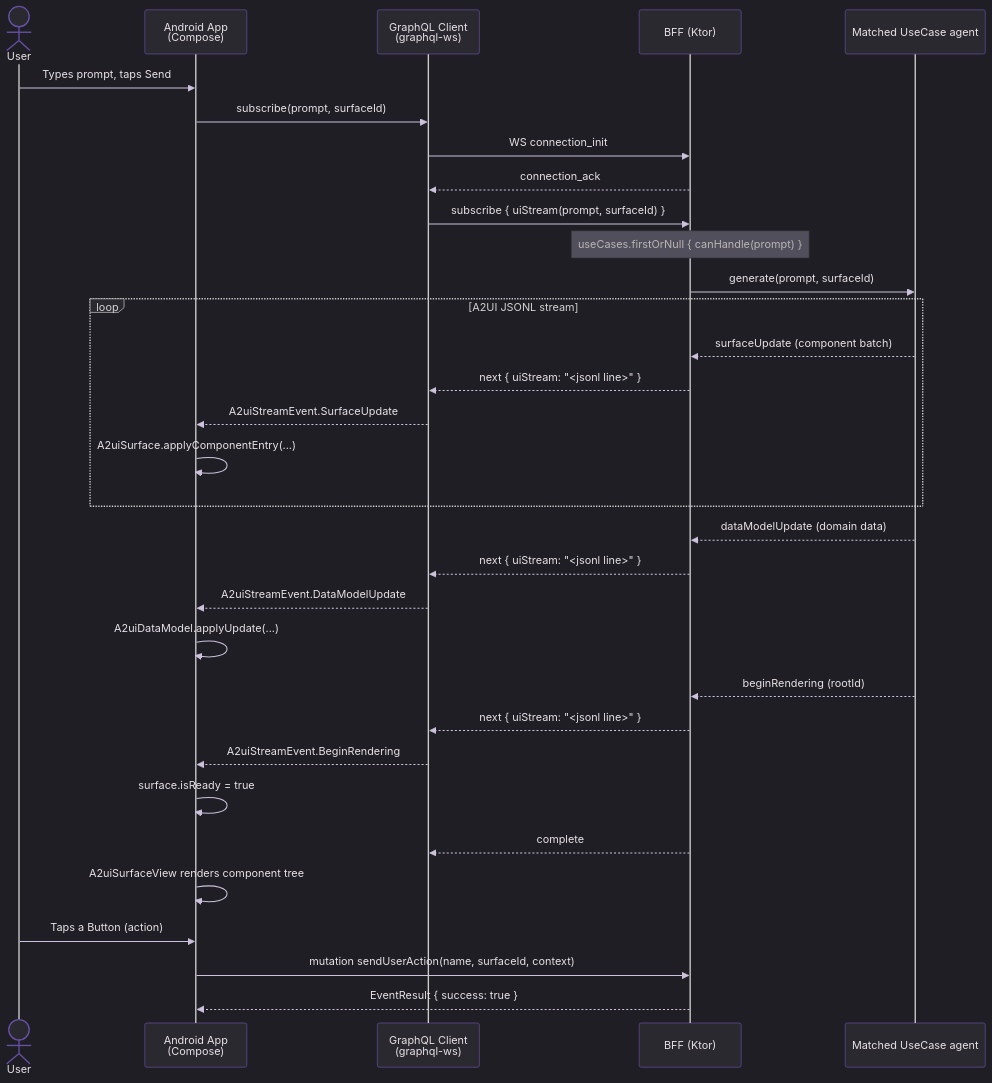
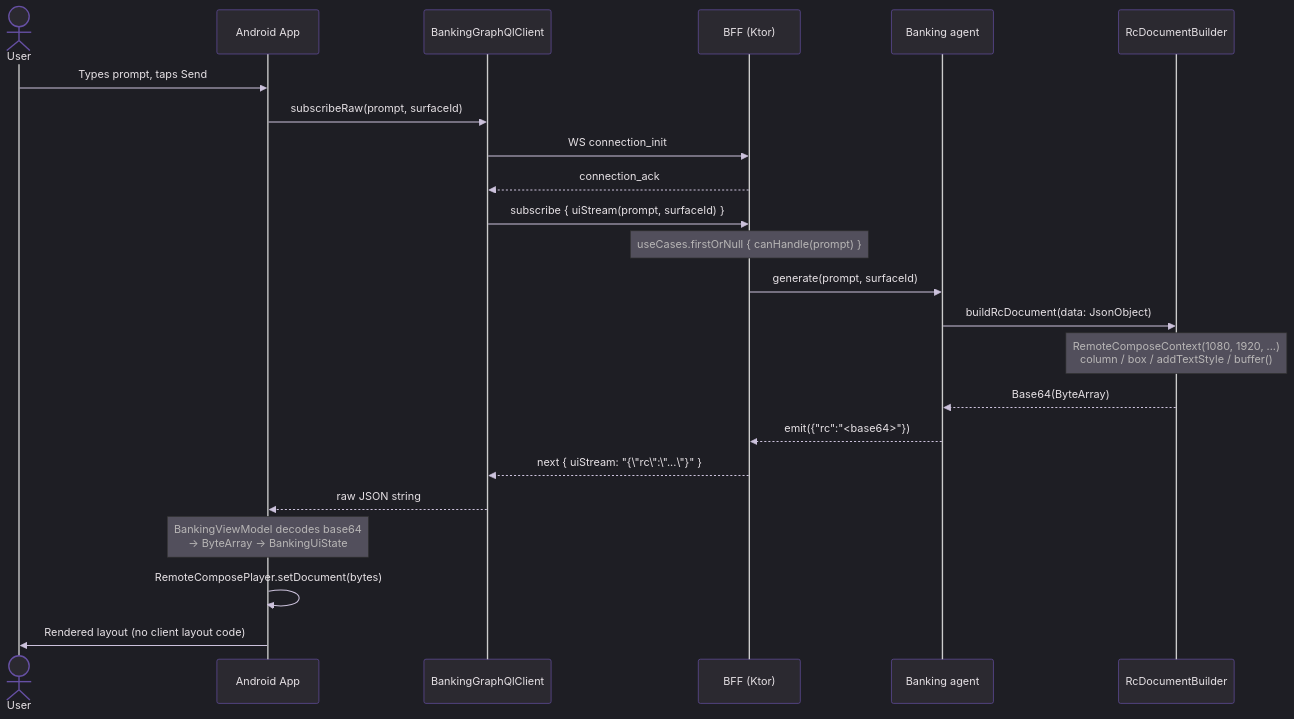
Before and after one commit to dgurnick/a2ui-exploration: the diagram in README.md, drawn with Mermaid. The commit also changed other lines of this file and 25 other files, not shown here.

````diff
--- a/README.md
+++ b/README.md
@@ -34,44 +56,31 @@
 ```mermaid
 %%{init: {'theme': 'dark', 'themeVariables': {'primaryColor': '#6650A4', 'primaryTextColor': '#E6E1E5', 'primaryBorderColor': '#CCC2DC', 'lineColor': '#CCC2DC', 'secondaryColor': '#1C1B1F', 'tertiaryColor': '#2B2930', 'background': '#1C1B1F', 'mainBkg': '#2B2930', 'nodeBorder': '#625B71', 'clusterBkg': '#2B2930', 'titleColor': '#E6E1E5', 'edgeLabelBackground': '#2B2930', 'actorBkg': '#2B2930', 'actorBorder': '#6650A4', 'actorTextColor': '#E6E1E5', 'activationBkgColor': '#6650A4', 'activationBorderColor': '#CCC2DC', 'signalColor': '#CCC2DC', 'signalTextColor': '#E6E1E5'}}}%%
 sequenceDiagram
     actor User
-    participant App   as Android App<br/>(Compose)
-    participant GQL   as GraphQL Client<br/>(graphql-ws)
-    participant BFF   as BFF (Ktor)
-    participant Agent as Matched UseCase agent
+    participant App    as Android App
+    participant GQL    as BankingGraphQlClient
+    participant BFF    as BFF (Ktor)
+    participant Agent  as Banking agent
+    participant RC     as RcDocumentBuilder
 
     User->>App: Types prompt, taps Send
-
-    App->>GQL: subscribe(prompt, surfaceId)
+    App->>GQL: subscribeRaw(prompt, surfaceId)
     GQL->>BFF: WS connection_init
     BFF-->>GQL: connection_ack
-
     GQL->>BFF: subscribe { uiStream(prompt, surfaceId) }
 
     Note over BFF: useCases.firstOrNull { canHandle(prompt) }
     BFF->>Agent: generate(prompt, surfaceId)
+    Agent->>RC: buildRcDocument(data: JsonObject)
 
-    loop A2UI JSONL stream
-        Agent-->>BFF: surfaceUpdate (component batch)
-        BFF-->>GQL: next { uiStream: "<jsonl line>" }
-        GQL-->>App: A2uiStreamEvent.SurfaceUpdate
-        App->>App: A2uiSurface.applyComponentEntry(...)
-    end
+    Note over RC: RemoteComposeContext(1080, 1920, ...)<br/>column / box / addTextStyle / buffer()
+    RC-->>Agent: Base64(ByteArray)
 
-    Agent-->>BFF: dataModelUpdate (domain data)
-    BFF-->>GQL: next { uiStream: "<jsonl line>" }
-    GQL-->>App: A2uiStreamEvent.DataModelUpdate
-    App->>App: A2uiDataModel.applyUpdate(...)
+    Agent-->>BFF: emit({"rc":"<base64>"})
+    BFF-->>GQL: next { uiStream: "{\"rc\":\"...\"}" }
+    GQL-->>App: raw JSON string
 
-    Agent-->>BFF: beginRendering (rootId)
-    BFF-->>GQL: next { uiStream: "<jsonl line>" }
-    GQL-->>App: A2uiStreamEvent.BeginRendering
-    App->>App: surface.isReady = true
-
-    BFF-->>GQL: complete
-    App->>App: A2uiSurfaceView renders component tree
-
-    User->>App: Taps a Button (action)
-    App->>BFF: mutation sendUserAction(name, surfaceId, context)
-    BFF-->>App: EventResult { success: true }
+    Note over App: BankingViewModel decodes base64<br/>→ ByteArray → BankingUiState
+    App->>App: RemoteComposePlayer.setDocument(bytes)
+    App->>User: Rendered layout (no client layout code)
 ```
````
